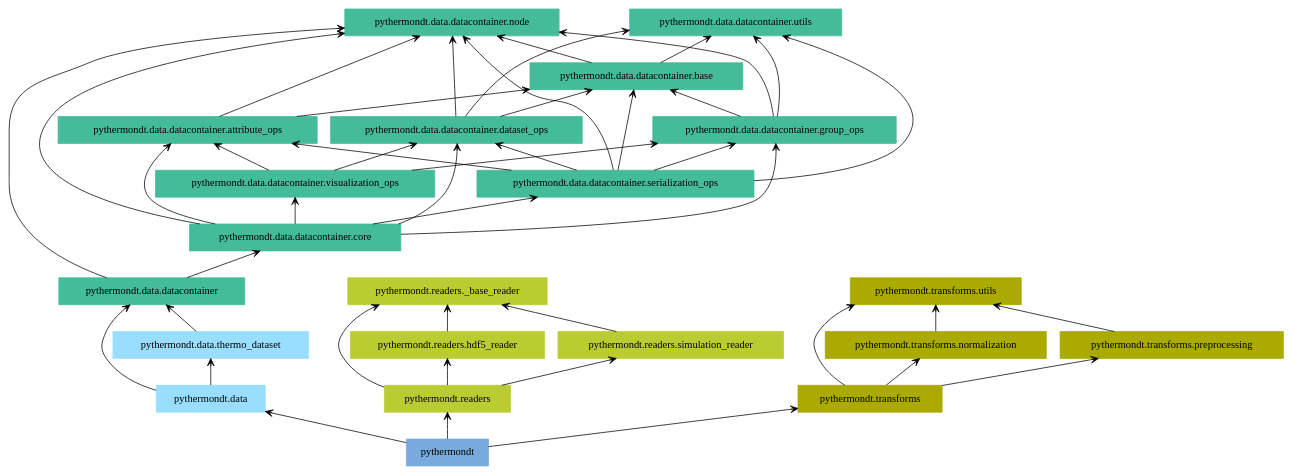
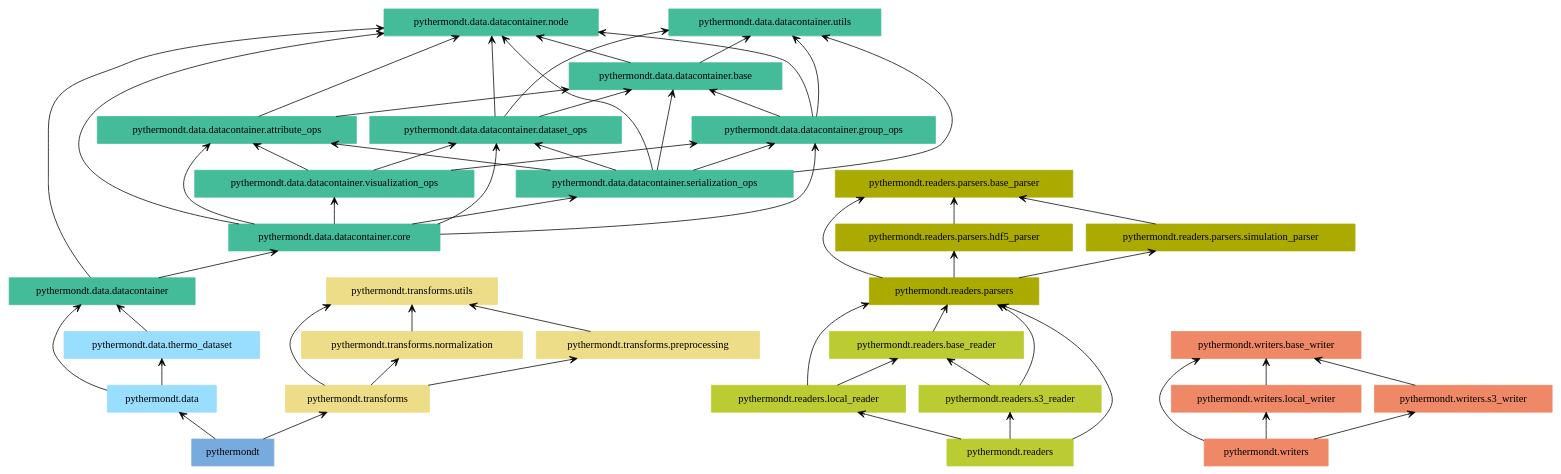
The diagram in docs/pyreverse/packages_PyThermoNDT.gv (voidsy-gmbh/pyThermoNDT), drawn with Graphviz before and after one commit. The commit also changed 3 other files, not shown here.

Commit message:
Update pyreverse diagrams

```diff
--- a/docs/pyreverse/packages_PyThermoNDT.gv
+++ b/docs/pyreverse/packages_PyThermoNDT.gv
@@ -1,68 +1,88 @@
 digraph "packages_PyThermoNDT" {
 rankdir=BT
 charset="utf-8"
 "pythermondt" [color="#77AADD", label=<pythermondt>, shape="box", style="filled"];
 "pythermondt.data" [color="#99DDFF", label=<pythermondt.data>, shape="box", style="filled"];
 "pythermondt.data.datacontainer" [color="#44BB99", label=<pythermondt.data.datacontainer>, shape="box", style="filled"];
 "pythermondt.data.datacontainer.attribute_ops" [color="#44BB99", label=<pythermondt.data.datacontainer.attribute_ops>, shape="box", style="filled"];
 "pythermondt.data.datacontainer.base" [color="#44BB99", label=<pythermondt.data.datacontainer.base>, shape="box", style="filled"];
 "pythermondt.data.datacontainer.core" [color="#44BB99", label=<pythermondt.data.datacontainer.core>, shape="box", style="filled"];
 "pythermondt.data.datacontainer.dataset_ops" [color="#44BB99", label=<pythermondt.data.datacontainer.dataset_ops>, shape="box", style="filled"];
 "pythermondt.data.datacontainer.group_ops" [color="#44BB99", label=<pythermondt.data.datacontainer.group_ops>, shape="box", style="filled"];
 "pythermondt.data.datacontainer.node" [color="#44BB99", label=<pythermondt.data.datacontainer.node>, shape="box", style="filled"];
 "pythermondt.data.datacontainer.serialization_ops" [color="#44BB99", label=<pythermondt.data.datacontainer.serialization_ops>, shape="box", style="filled"];
 "pythermondt.data.datacontainer.utils" [color="#44BB99", label=<pythermondt.data.datacontainer.utils>, shape="box", style="filled"];
 "pythermondt.data.datacontainer.visualization_ops" [color="#44BB99", label=<pythermondt.data.datacontainer.visualization_ops>, shape="box", style="filled"];
 "pythermondt.data.thermo_dataset" [color="#99DDFF", label=<pythermondt.data.thermo_dataset>, shape="box", style="filled"];
 "pythermondt.readers" [color="#BBCC33", label=<pythermondt.readers>, shape="box", style="filled"];
-"pythermondt.readers._base_reader" [color="#BBCC33", label=<pythermondt.readers._base_reader>, shape="box", style="filled"];
-"pythermondt.readers.hdf5_reader" [color="#BBCC33", label=<pythermondt.readers.hdf5_reader>, shape="box", style="filled"];
-"pythermondt.readers.simulation_reader" [color="#BBCC33", label=<pythermondt.readers.simulation_reader>, shape="box", style="filled"];
-"pythermondt.transforms" [color="#AAAA00", label=<pythermondt.transforms>, shape="box", style="filled"];
-"pythermondt.transforms.normalization" [color="#AAAA00", label=<pythermondt.transforms.normalization>, shape="box", style="filled"];
-"pythermondt.transforms.preprocessing" [color="#AAAA00", label=<pythermondt.transforms.preprocessing>, shape="box", style="filled"];
-"pythermondt.transforms.utils" [color="#AAAA00", label=<pythermondt.transforms.utils>, shape="box", style="filled"];
+"pythermondt.readers.base_reader" [color="#BBCC33", label=<pythermondt.readers.base_reader>, shape="box", style="filled"];
+"pythermondt.readers.local_reader" [color="#BBCC33", label=<pythermondt.readers.local_reader>, shape="box", style="filled"];
+"pythermondt.readers.parsers" [color="#AAAA00", label=<pythermondt.readers.parsers>, shape="box", style="filled"];
+"pythermondt.readers.parsers.base_parser" [color="#AAAA00", label=<pythermondt.readers.parsers.base_parser>, shape="box", style="filled"];
+"pythermondt.readers.parsers.hdf5_parser" [color="#AAAA00", label=<pythermondt.readers.parsers.hdf5_parser>, shape="box", style="filled"];
+"pythermondt.readers.parsers.simulation_parser" [color="#AAAA00", label=<pythermondt.readers.parsers.simulation_parser>, shape="box", style="filled"];
+"pythermondt.readers.s3_reader" [color="#BBCC33", label=<pythermondt.readers.s3_reader>, shape="box", style="filled"];
+"pythermondt.transforms" [color="#EEDD88", label=<pythermondt.transforms>, shape="box", style="filled"];
+"pythermondt.transforms.normalization" [color="#EEDD88", label=<pythermondt.transforms.normalization>, shape="box", style="filled"];
+"pythermondt.transforms.preprocessing" [color="#EEDD88", label=<pythermondt.transforms.preprocessing>, shape="box", style="filled"];
+"pythermondt.transforms.utils" [color="#EEDD88", label=<pythermondt.transforms.utils>, shape="box", style="filled"];
+"pythermondt.writers" [color="#EE8866", label=<pythermondt.writers>, shape="box", style="filled"];
+"pythermondt.writers.base_writer" [color="#EE8866", label=<pythermondt.writers.base_writer>, shape="box", style="filled"];
+"pythermondt.writers.local_writer" [color="#EE8866", label=<pythermondt.writers.local_writer>, shape="box", style="filled"];
+"pythermondt.writers.s3_writer" [color="#EE8866", label=<pythermondt.writers.s3_writer>, shape="box", style="filled"];
 "pythermondt" -> "pythermondt.data" [arrowhead="open", arrowtail="none"];
-"pythermondt" -> "pythermondt.readers" [arrowhead="open", arrowtail="none"];
 "pythermondt" -> "pythermondt.transforms" [arrowhead="open", arrowtail="none"];
 "pythermondt.data" -> "pythermondt.data.datacontainer" [arrowhead="open", arrowtail="none"];
 "pythermondt.data" -> "pythermondt.data.thermo_dataset" [arrowhead="open", arrowtail="none"];
 "pythermondt.data.datacontainer" -> "pythermondt.data.datacontainer.core" [arrowhead="open", arrowtail="none"];
 "pythermondt.data.datacontainer" -> "pythermondt.data.datacontainer.node" [arrowhead="open", arrowtail="none"];
 "pythermondt.data.datacontainer.attribute_ops" -> "pythermondt.data.datacontainer.base" [arrowhead="open", arrowtail="none"];
 "pythermondt.data.datacontainer.attribute_ops" -> "pythermondt.data.datacontainer.node" [arrowhead="open", arrowtail="none"];
 "pythermondt.data.datacontainer.base" -> "pythermondt.data.datacontainer.node" [arrowhead="open", arrowtail="none"];
 "pythermondt.data.datacontainer.base" -> "pythermondt.data.datacontainer.utils" [arrowhead="open", arrowtail="none"];
 "pythermondt.data.datacontainer.core" -> "pythermondt.data.datacontainer.attribute_ops" [arrowhead="open", arrowtail="none"];
 "pythermondt.data.datacontainer.core" -> "pythermondt.data.datacontainer.dataset_ops" [arrowhead="open", arrowtail="none"];
 "pythermondt.data.datacontainer.core" -> "pythermondt.data.datacontainer.group_ops" [arrowhead="open", arrowtail="none"];
 "pythermondt.data.datacontainer.core" -> "pythermondt.data.datacontainer.node" [arrowhead="open", arrowtail="none"];
 "pythermondt.data.datacontainer.core" -> "pythermondt.data.datacontainer.serialization_ops" [arrowhead="open", arrowtail="none"];
 "pythermondt.data.datacontainer.core" -> "pythermondt.data.datacontainer.visualization_ops" [arrowhead="open", arrowtail="none"];
 "pythermondt.data.datacontainer.dataset_ops" -> "pythermondt.data.datacontainer.base" [arrowhead="open", arrowtail="none"];
 "pythermondt.data.datacontainer.dataset_ops" -> "pythermondt.data.datacontainer.node" [arrowhead="open", arrowtail="none"];
 "pythermondt.data.datacontainer.dataset_ops" -> "pythermondt.data.datacontainer.utils" [arrowhead="open", arrowtail="none"];
 "pythermondt.data.datacontainer.group_ops" -> "pythermondt.data.datacontainer.base" [arrowhead="open", arrowtail="none"];
 "pythermondt.data.datacontainer.group_ops" -> "pythermondt.data.datacontainer.node" [arrowhead="open", arrowtail="none"];
 "pythermondt.data.datacontainer.group_ops" -> "pythermondt.data.datacontainer.utils" [arrowhead="open", arrowtail="none"];
 "pythermondt.data.datacontainer.serialization_ops" -> "pythermondt.data.datacontainer.attribute_ops" [arrowhead="open", arrowtail="none"];
 "pythermondt.data.datacontainer.serialization_ops" -> "pythermondt.data.datacontainer.base" [arrowhead="open", arrowtail="none"];
 "pythermondt.data.datacontainer.serialization_ops" -> "pythermondt.data.datacontainer.dataset_ops" [arrowhead="open", arrowtail="none"];
 "pythermondt.data.datacontainer.serialization_ops" -> "pythermondt.data.datacontainer.group_ops" [arrowhead="open", arrowtail="none"];
 "pythermondt.data.datacontainer.serialization_ops" -> "pythermondt.data.datacontainer.node" [arrowhead="open", arrowtail="none"];
 "pythermondt.data.datacontainer.serialization_ops" -> "pythermondt.data.datacontainer.utils" [arrowhead="open", arrowtail="none"];
 "pythermondt.data.datacontainer.visualization_ops" -> "pythermondt.data.datacontainer.attribute_ops" [arrowhead="open", arrowtail="none"];
 "pythermondt.data.datacontainer.visualization_ops" -> "pythermondt.data.datacontainer.dataset_ops" [arrowhead="open", arrowtail="none"];
 "pythermondt.data.datacontainer.visualization_ops" -> "pythermondt.data.datacontainer.group_ops" [arrowhead="open", arrowtail="none"];
 "pythermondt.data.thermo_dataset" -> "pythermondt.data.datacontainer" [arrowhead="open", arrowtail="none"];
-"pythermondt.readers" -> "pythermondt.readers._base_reader" [arrowhead="open", arrowtail="none"];
-"pythermondt.readers" -> "pythermondt.readers.hdf5_reader" [arrowhead="open", arrowtail="none"];
-"pythermondt.readers" -> "pythermondt.readers.simulation_reader" [arrowhead="open", arrowtail="none"];
-"pythermondt.readers.hdf5_reader" -> "pythermondt.readers._base_reader" [arrowhead="open", arrowtail="none"];
-"pythermondt.readers.simulation_reader" -> "pythermondt.readers._base_reader" [arrowhead="open", arrowtail="none"];
+"pythermondt.readers" -> "pythermondt.readers.local_reader" [arrowhead="open", arrowtail="none"];
+"pythermondt.readers" -> "pythermondt.readers.parsers" [arrowhead="open", arrowtail="none"];
+"pythermondt.readers" -> "pythermondt.readers.s3_reader" [arrowhead="open", arrowtail="none"];
+"pythermondt.readers.base_reader" -> "pythermondt.readers.parsers" [arrowhead="open", arrowtail="none"];
+"pythermondt.readers.local_reader" -> "pythermondt.readers.base_reader" [arrowhead="open", arrowtail="none"];
+"pythermondt.readers.local_reader" -> "pythermondt.readers.parsers" [arrowhead="open", arrowtail="none"];
+"pythermondt.readers.parsers" -> "pythermondt.readers.parsers.base_parser" [arrowhead="open", arrowtail="none"];
+"pythermondt.readers.parsers" -> "pythermondt.readers.parsers.hdf5_parser" [arrowhead="open", arrowtail="none"];
+"pythermondt.readers.parsers" -> "pythermondt.readers.parsers.simulation_parser" [arrowhead="open", arrowtail="none"];
+"pythermondt.readers.parsers.hdf5_parser" -> "pythermondt.readers.parsers.base_parser" [arrowhead="open", arrowtail="none"];
+"pythermondt.readers.parsers.simulation_parser" -> "pythermondt.readers.parsers.base_parser" [arrowhead="open", arrowtail="none"];
+"pythermondt.readers.s3_reader" -> "pythermondt.readers.base_reader" [arrowhead="open", arrowtail="none"];
+"pythermondt.readers.s3_reader" -> "pythermondt.readers.parsers" [arrowhead="open", arrowtail="none"];
 "pythermondt.transforms" -> "pythermondt.transforms.normalization" [arrowhead="open", arrowtail="none"];
 "pythermondt.transforms" -> "pythermondt.transforms.preprocessing" [arrowhead="open", arrowtail="none"];
 "pythermondt.transforms" -> "pythermondt.transforms.utils" [arrowhead="open", arrowtail="none"];
 "pythermondt.transforms.normalization" -> "pythermondt.transforms.utils" [arrowhead="open", arrowtail="none"];
 "pythermondt.transforms.preprocessing" -> "pythermondt.transforms.utils" [arrowhead="open", arrowtail="none"];
+"pythermondt.writers" -> "pythermondt.writers.base_writer" [arrowhead="open", arrowtail="none"];
+"pythermondt.writers" -> "pythermondt.writers.local_writer" [arrowhead="open", arrowtail="none"];
+"pythermondt.writers" -> "pythermondt.writers.s3_writer" [arrowhead="open", arrowtail="none"];
+"pythermondt.writers.local_writer" -> "pythermondt.writers.base_writer" [arrowhead="open", arrowtail="none"];
+"pythermondt.writers.s3_writer" -> "pythermondt.writers.base_writer" [arrowhead="open", arrowtail="none"];
 }
```
